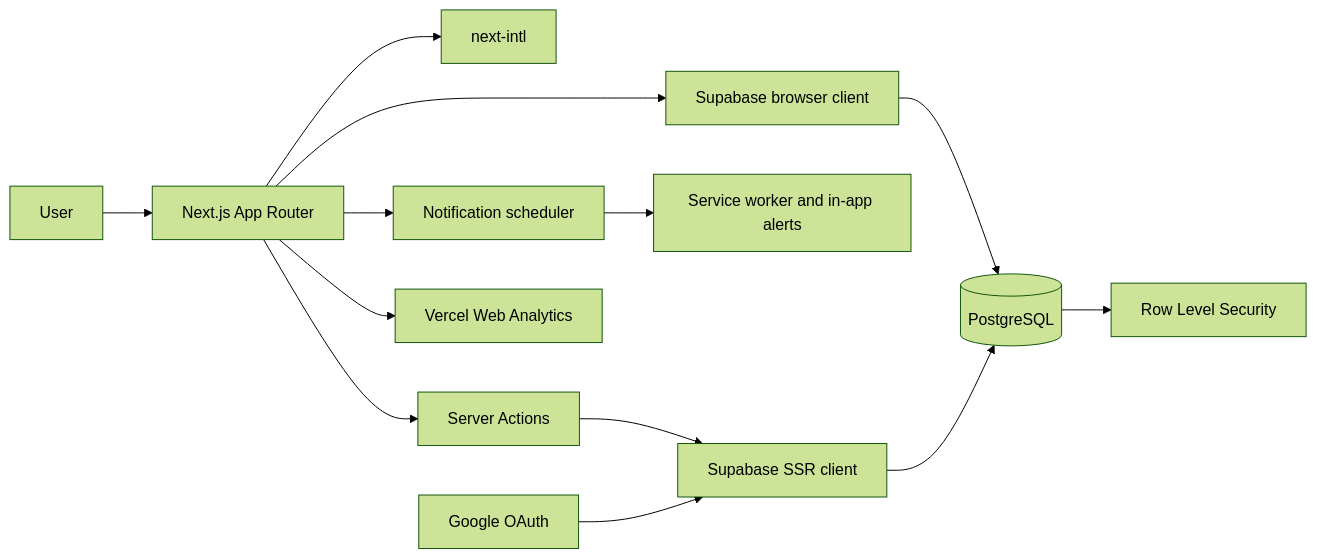
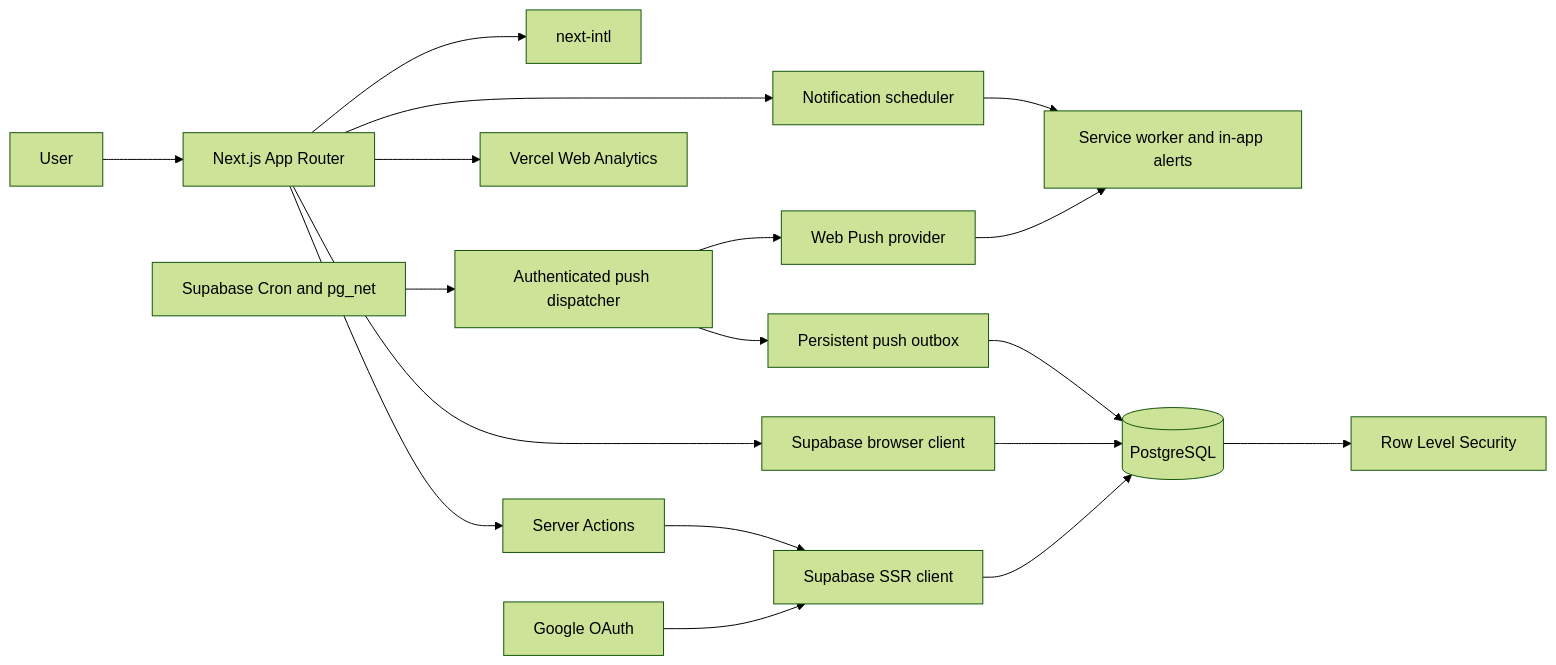
One commit to JoanOliver04/planora changed the diagram in README.md. Above: the diagram before and after it, drawn with Mermaid (forest theme). The commit also changed other lines of this file, not shown here.

Commit message:
docs: refresh README security, Web Push and verified quality results

````diff
--- a/README.md
+++ b/README.md
@@ -175,15 +178,20 @@
 ```mermaid
 flowchart LR
     U[User] --> UI[Next.js App Router]
     UI --> I18N[next-intl]
     UI --> SA[Server Actions]
     UI --> SC[Supabase browser client]
     UI --> NS[Notification scheduler]
     UI --> WA[Vercel Web Analytics]
     NS --> SW[Service worker and in-app alerts]
+    CRON[Supabase Cron and pg_net] --> PD[Authenticated push dispatcher]
+    PD --> OUTBOX[Persistent push outbox]
+    OUTBOX --> DB
+    PD --> PUSH[Web Push provider]
+    PUSH --> SW
     SA --> SSR[Supabase SSR client]
     SC --> DB[(PostgreSQL)]
     SSR --> DB
     DB --> RLS[Row Level Security]
     AUTH[Google OAuth] --> SSR
 ```
````
